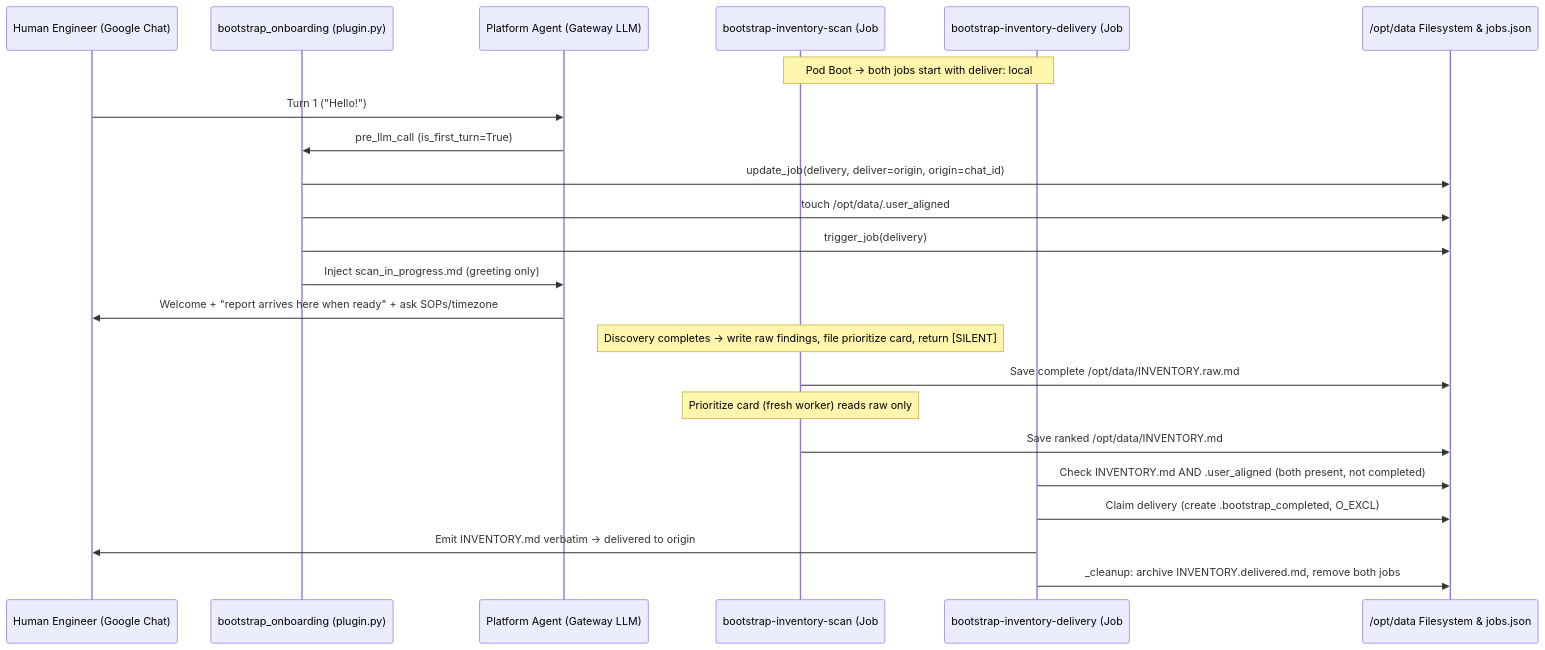
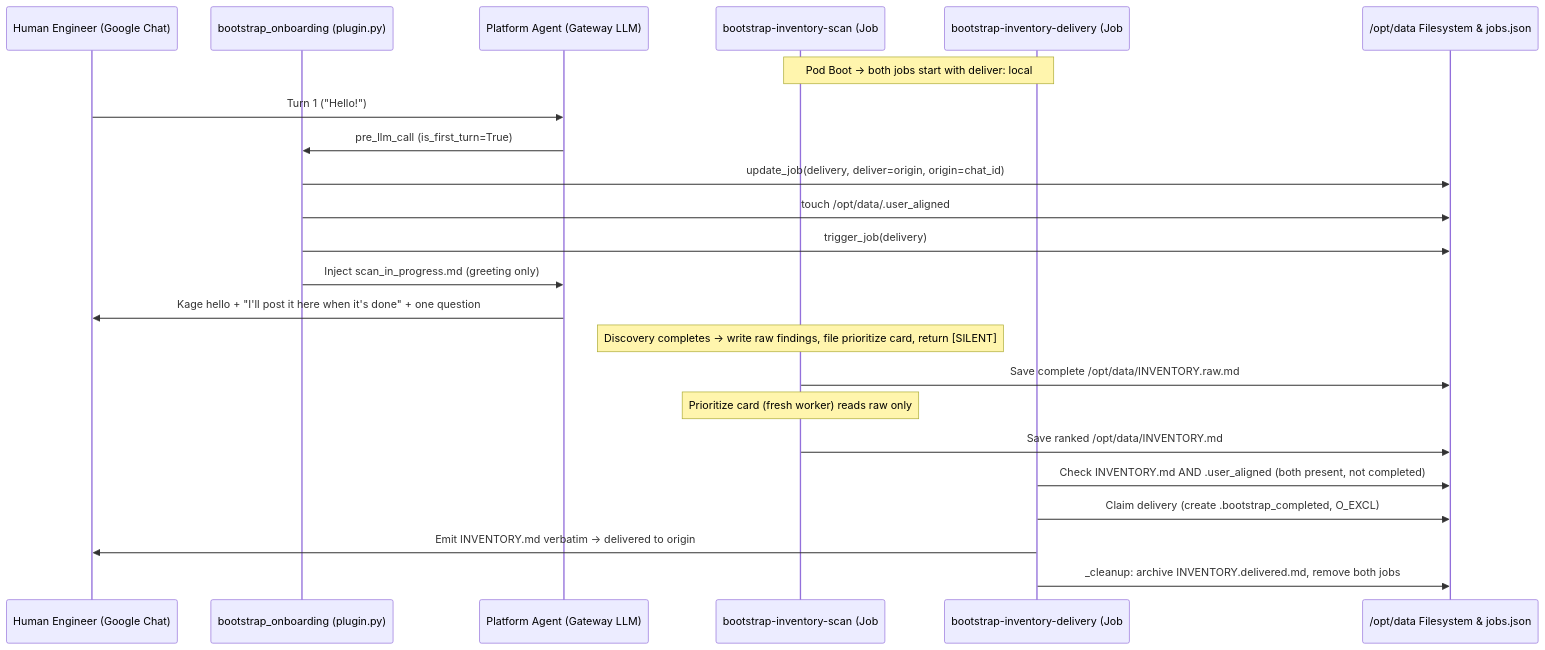
Before and after one commit to gke-labs/kube-agents: the second of 3 diagrams in agents/chat/defaults/plugins/bootstrap_onboarding/README.md, drawn with Mermaid. The commit also changed other lines of this file and 4 other files, not shown here.

First line of the commit message:
feat(onboarding): greet first-install users as Kage in one short message

````diff
--- a/agents/chat/defaults/plugins/bootstrap_onboarding/README.md
+++ b/agents/chat/defaults/plugins/bootstrap_onboarding/README.md
@@ -114,26 +115,26 @@
 ```mermaid
 sequenceDiagram
     participant User as Human Engineer (Google Chat)
     participant Hook as bootstrap_onboarding (plugin.py)
     participant Agent as Platform Agent (Gateway LLM)
     participant Scan as bootstrap-inventory-scan (Job #1, LLM)
     participant Deliver as bootstrap-inventory-delivery (Job #2, no_agent script)
     participant Disk as /opt/data Filesystem & jobs.json
 
     Note over Scan,Deliver: Pod Boot -> both jobs start with deliver: local
     User->>Agent: Turn 1 ("Hello!")
     Agent->>Hook: pre_llm_call (is_first_turn=True)
     Hook->>Disk: update_job(delivery, deliver=origin, origin=chat_id)
     Hook->>Disk: touch /opt/data/.user_aligned
     Hook->>Disk: trigger_job(delivery)
     Hook->>Agent: Inject scan_in_progress.md (greeting only)
-    Agent->>User: Welcome + "report arrives here when ready" + ask SOPs/timezone
+    Agent->>User: Kage hello + "I'll post it here when it's done" + one question
     Note over Scan: Discovery completes -> write raw findings, file prioritize card, return [SILENT]
     Scan->>Disk: Save complete /opt/data/INVENTORY.raw.md
     Note over Scan: Prioritize card (fresh worker) reads raw only
     Scan->>Disk: Save ranked /opt/data/INVENTORY.md
     Deliver->>Disk: Check INVENTORY.md AND .user_aligned (both present, not completed)
     Deliver->>Disk: Claim delivery (create .bootstrap_completed, O_EXCL)
     Deliver->>User: Emit INVENTORY.md verbatim -> delivered to origin
     Deliver->>Disk: _cleanup: archive INVENTORY.delivered.md, remove both jobs
 ```
````
